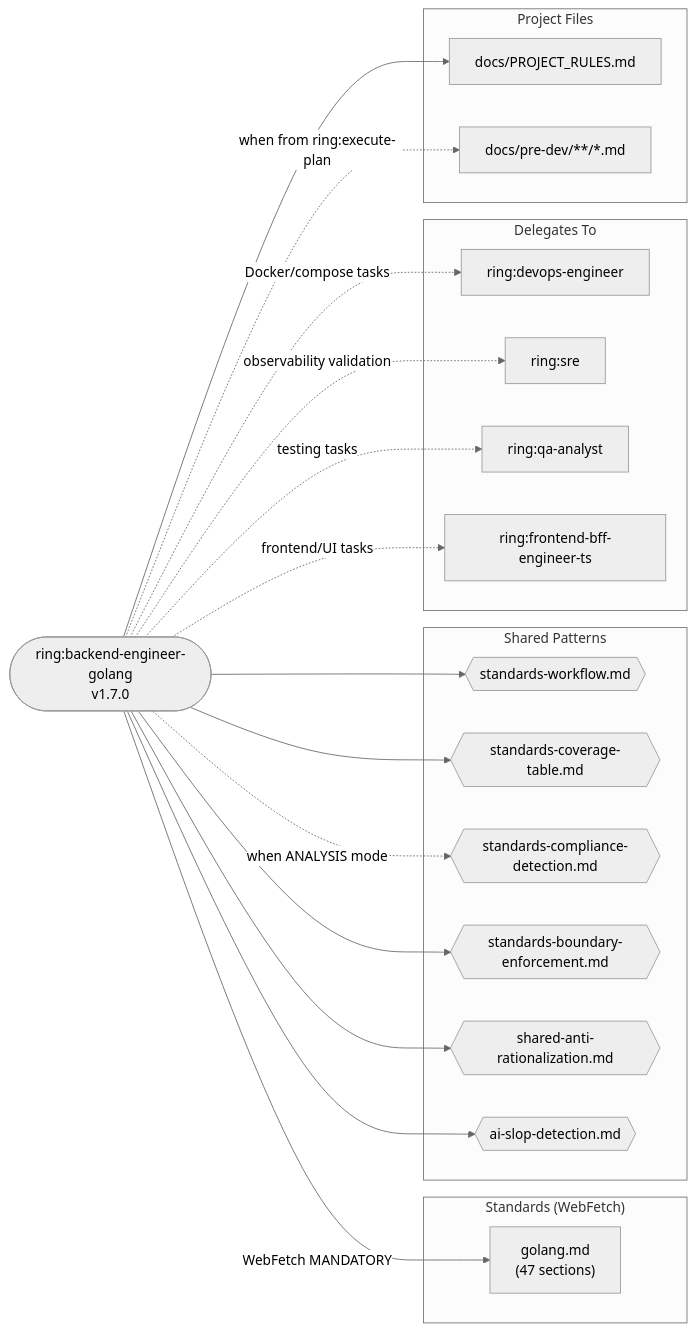
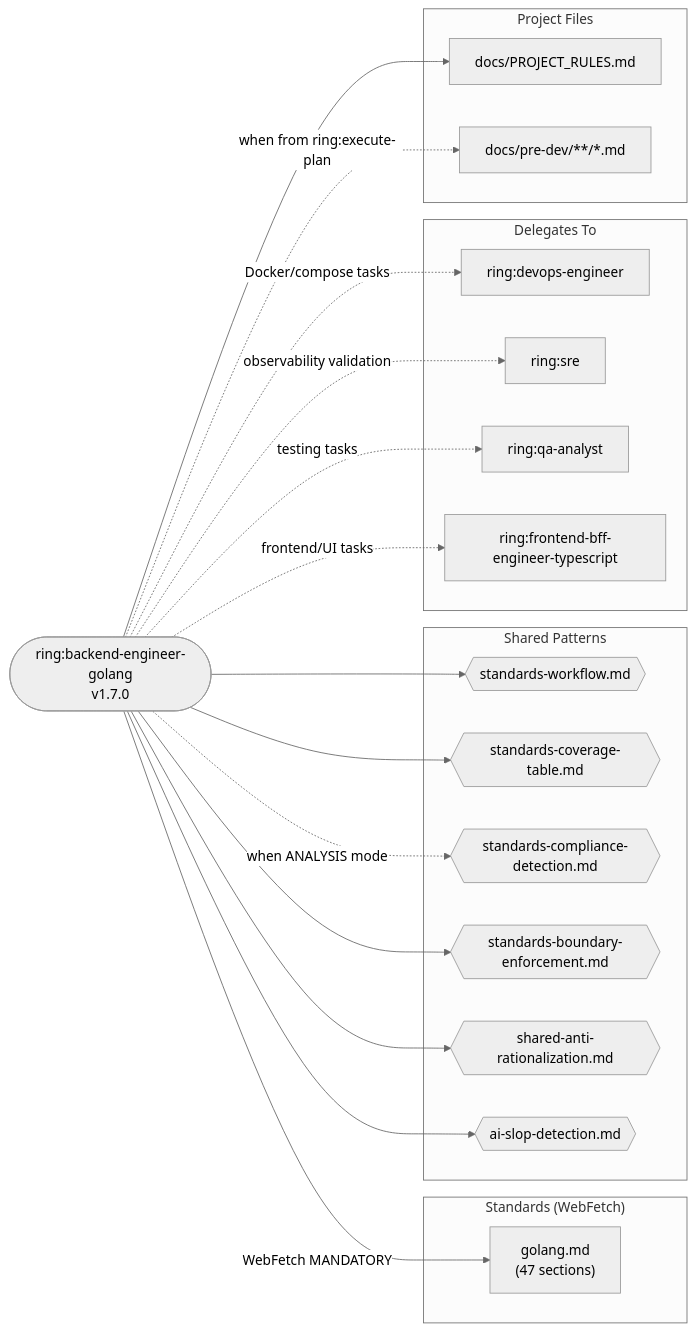
One commit to LerianStudio/ring changed the second of 21 diagrams in dev-team/docs/dependency-diagrams.md. Above: the diagram before and after it, drawn with Mermaid (neutral theme). The commit also changed other lines of this file, not shown here.

First line of the commit message:
docs(dev-team): use canonical agent names in dependency diagrams

````diff
--- a/dev-team/docs/dependency-diagrams.md
+++ b/dev-team/docs/dependency-diagrams.md
@@ -123,39 +123,39 @@
 ```mermaid
 flowchart LR
     agent(["ring:backend-engineer-golang<br/>v1.7.0"])
 
     subgraph Standards["Standards (WebFetch)"]
         golang["golang.md<br/>(47 sections)"]
     end
 
     subgraph SharedPatterns["Shared Patterns"]
         sw{{"standards-workflow.md"}}
         sct{{"standards-coverage-table.md"}}
         scd{{"standards-compliance-detection.md"}}
         sbe{{"standards-boundary-enforcement.md"}}
         sar{{"shared-anti-rationalization.md"}}
         asd{{"ai-slop-detection.md"}}
     end
 
     subgraph Delegates["Delegates To"]
         devops["ring:devops-engineer"]
         sre["ring:sre"]
         qa["ring:qa-analyst"]
-        bff["ring:frontend-bff-engineer-ts"]
+        bff["ring:frontend-bff-engineer-typescript"]
     end
 
     subgraph ProjectFiles["Project Files"]
         pr["docs/PROJECT_RULES.md"]
         predev["docs/pre-dev/**/*.md"]
     end
 
     agent -->|"WebFetch MANDATORY"| golang
     agent --> sw & sct & sar & asd & sbe
     agent -.->|"when ANALYSIS mode"| scd
     agent -.->|"Docker/compose tasks"| devops
     agent -.->|"observability validation"| sre
     agent -.->|"testing tasks"| qa
     agent -.->|"frontend/UI tasks"| bff
     agent --> pr
     agent -.->|"when from ring:execute-plan"| predev
 ```
````
